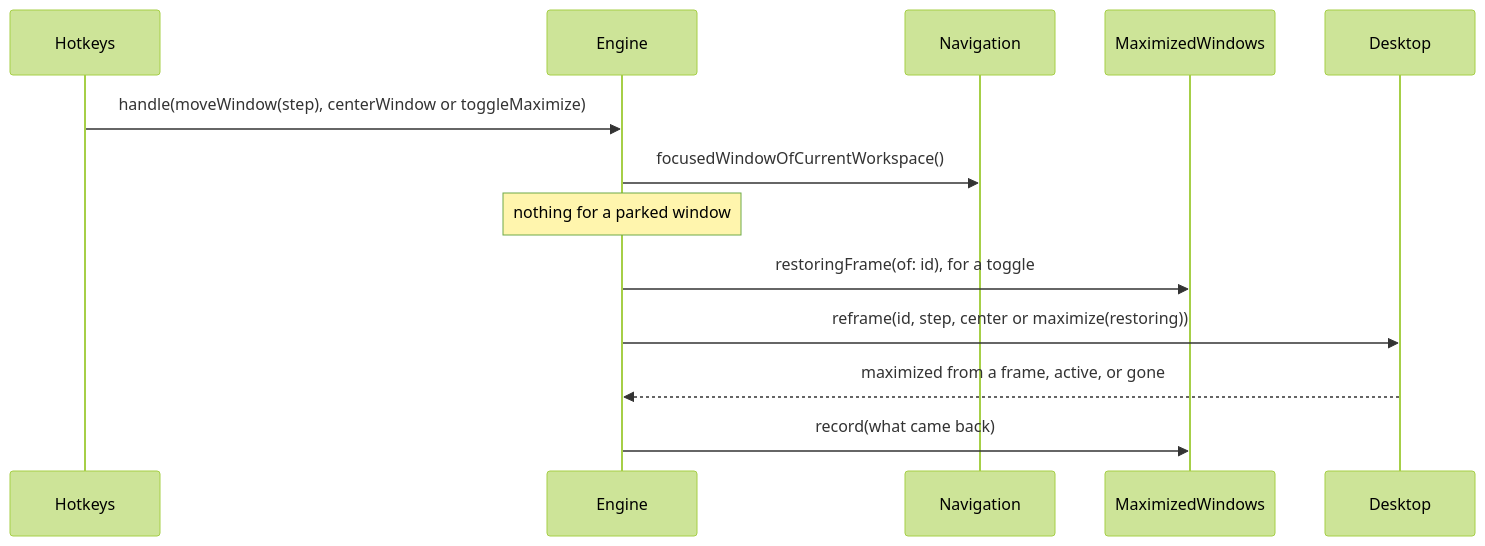
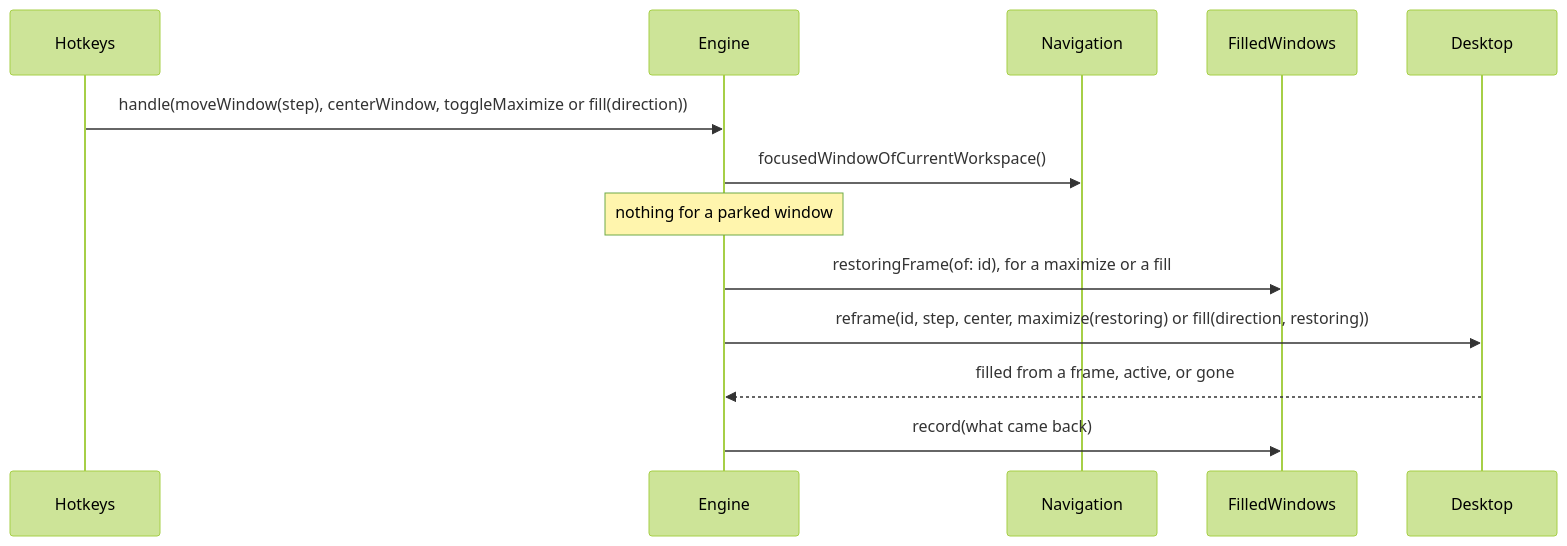
One commit to brennovich/ottowm changed diagram 11 of 19 in ARCHITECTURE.md. Above: the diagram before and after it, drawn with Mermaid (forest theme). The commit also changed other lines of this file and 20 other files, not shown here.

````diff
--- a/ARCHITECTURE.md
+++ b/ARCHITECTURE.md
@@ -283,10 +285,10 @@
 ```mermaid
 sequenceDiagram
-    Hotkeys->>Engine: handle(moveWindow(step), centerWindow or toggleMaximize)
+    Hotkeys->>Engine: handle(moveWindow(step), centerWindow, toggleMaximize or fill(direction))
     Engine->>Navigation: focusedWindowOfCurrentWorkspace()
     Note over Engine: nothing for a parked window
-    Engine->>MaximizedWindows: restoringFrame(of: id), for a toggle
-    Engine->>Desktop: reframe(id, step, center or maximize(restoring))
-    Desktop-->>Engine: maximized from a frame, active, or gone
-    Engine->>MaximizedWindows: record(what came back)
+    Engine->>FilledWindows: restoringFrame(of: id), for a maximize or a fill
+    Engine->>Desktop: reframe(id, step, center, maximize(restoring) or fill(direction, restoring))
+    Desktop-->>Engine: filled from a frame, active, or gone
+    Engine->>FilledWindows: record(what came back)
 ```
````
